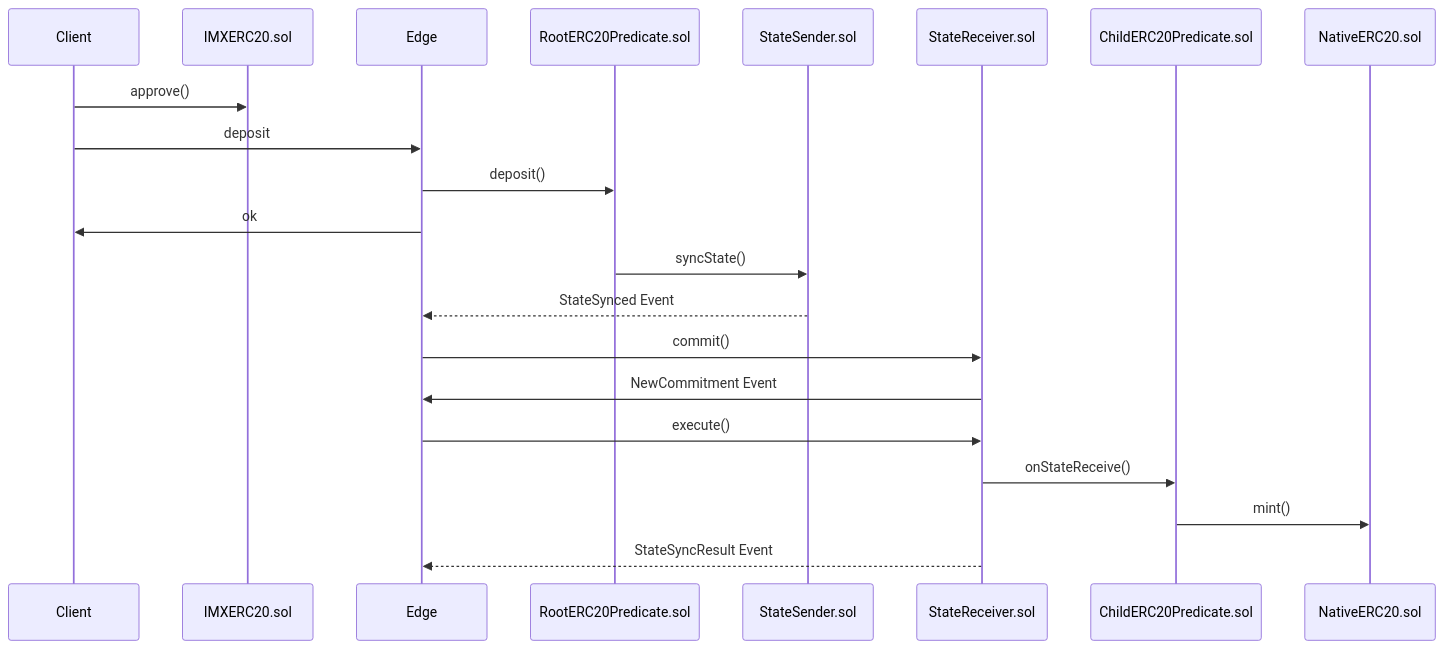
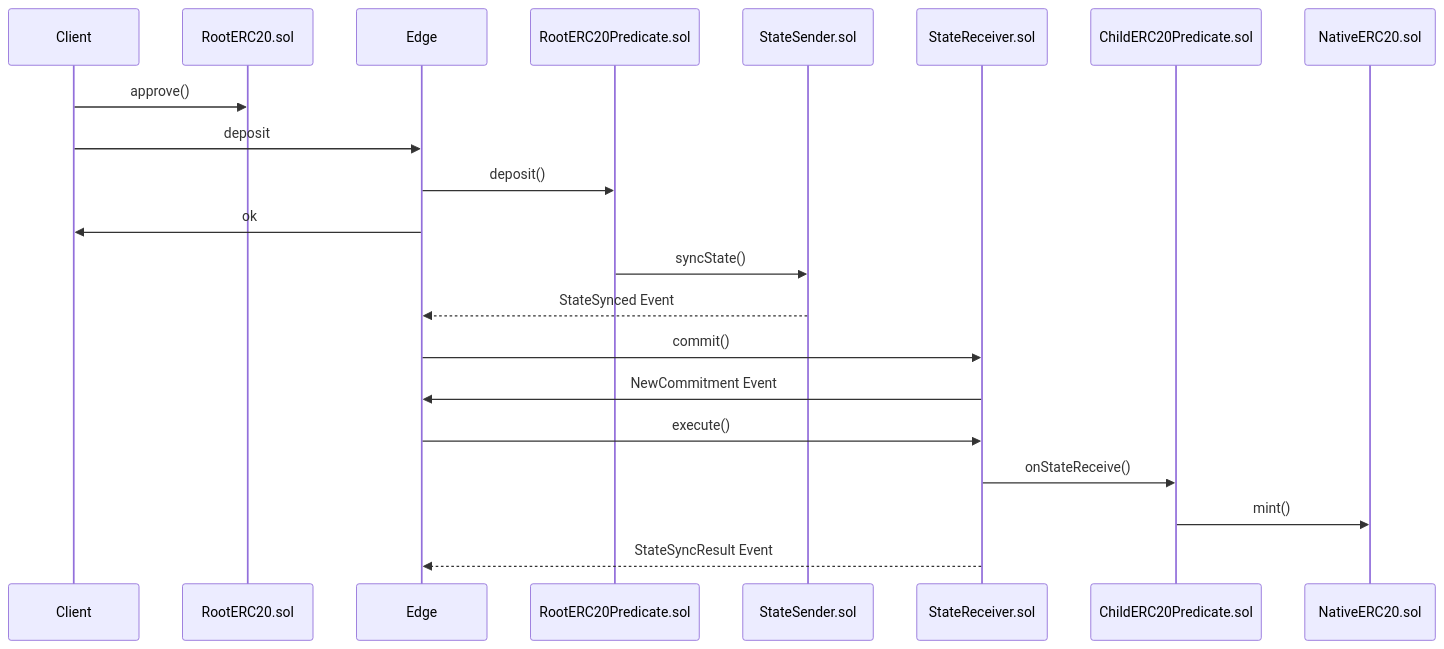
The first of 3 diagrams in docs/sequences.md (0xPolygon/polygon-edge), drawn with Mermaid before and after one commit.

Commit message:
Rm imx reference

````diff
--- a/docs/sequences.md
+++ b/docs/sequences.md
@@ -5,15 +5,15 @@
 ```mermaid
 sequenceDiagram
-	Client->>IMXERC20.sol: approve()
+	Client->>RootERC20.sol: approve()
 	Client->>Edge: deposit
 	Edge->>RootERC20Predicate.sol: deposit()
 	Edge->>Client: ok
 	RootERC20Predicate.sol->>StateSender.sol:syncState()
 	StateSender.sol-->>Edge: StateSynced Event
 	Edge->>StateReceiver.sol:commit()
 	StateReceiver.sol->>Edge: NewCommitment Event
 	Edge->>StateReceiver.sol:execute()
 	StateReceiver.sol->>ChildERC20Predicate.sol:onStateReceive()
 	ChildERC20Predicate.sol->>NativeERC20.sol: mint()
 	StateReceiver.sol-->>Edge:StateSyncResult Event
 ```
````
